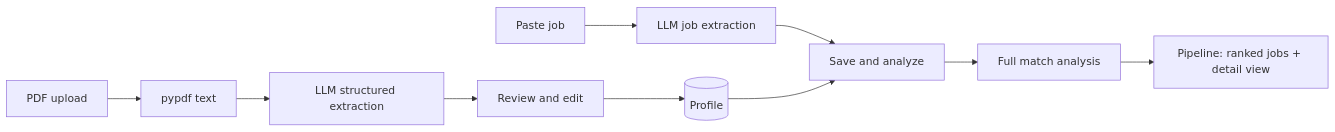
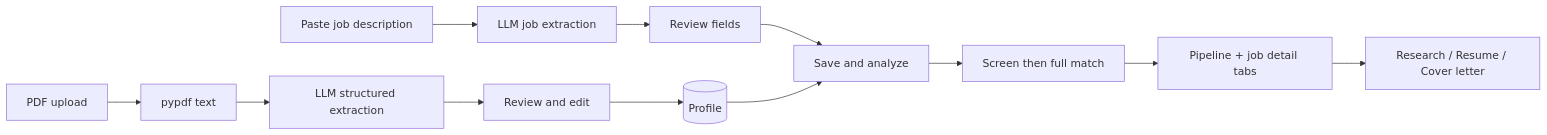
Before and after one commit to Englishpersonfaeroeislands211/ai-career-os: the diagram in README.md, drawn with Mermaid. The commit also changed other lines of this file and 6 other files, not shown here.

````diff
--- a/README.md
+++ b/README.md
@@ -66,12 +69,14 @@
 ```mermaid
 flowchart LR
     A[PDF upload] --> B[pypdf text]
     B --> C[LLM structured extraction]
     C --> D[Review and edit]
     D --> E[(Profile)]
-    F[Paste job] --> G[LLM job extraction]
-    G --> H[Save and analyze]
-    E --> H
-    H --> I[Full match analysis]
-    I --> J[Pipeline: ranked jobs + detail view]
+    F[Paste job description] --> G[LLM job extraction]
+    G --> H[Review fields]
+    H --> I[Save and analyze]
+    E --> I
+    I --> J[Screen then full match]
+    J --> K[Pipeline + job detail tabs]
+    K --> L[Research / Resume / Cover letter]
 ```
````
